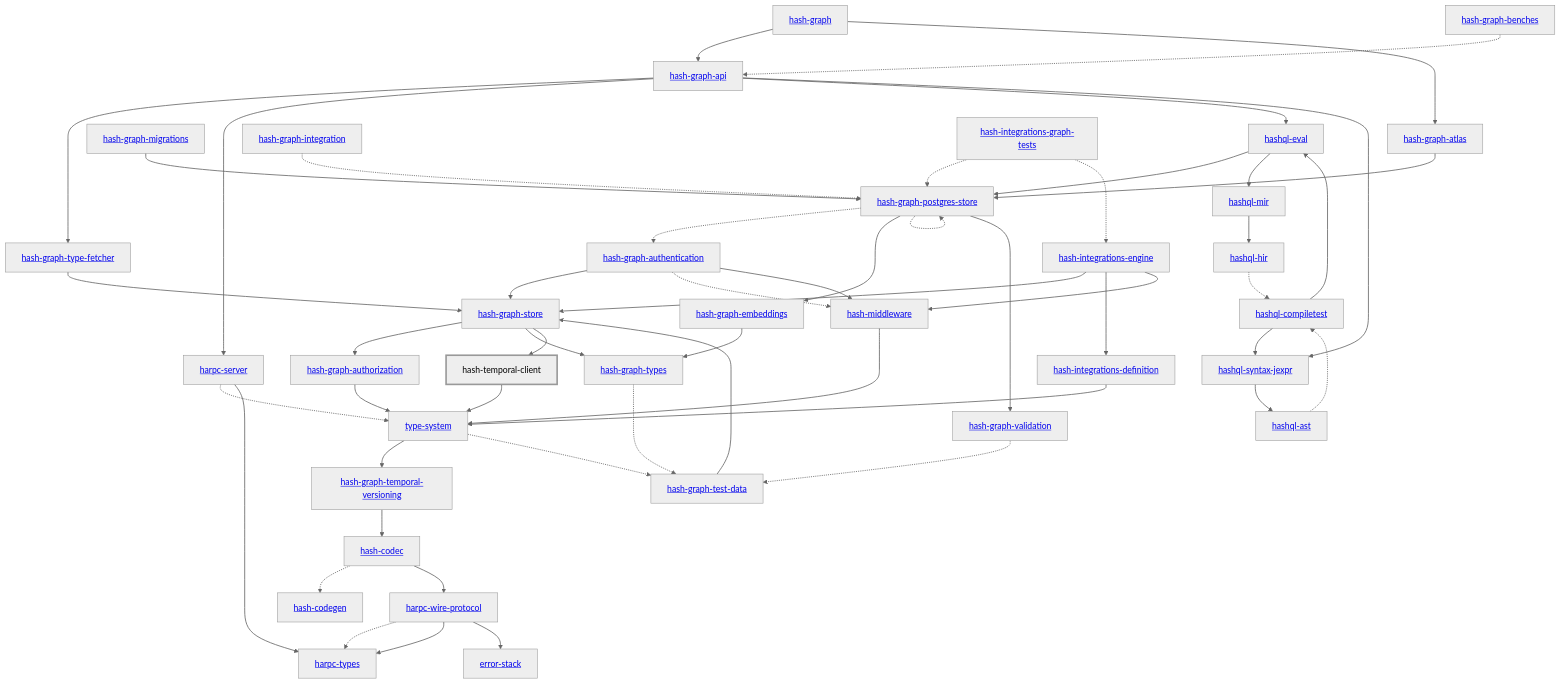
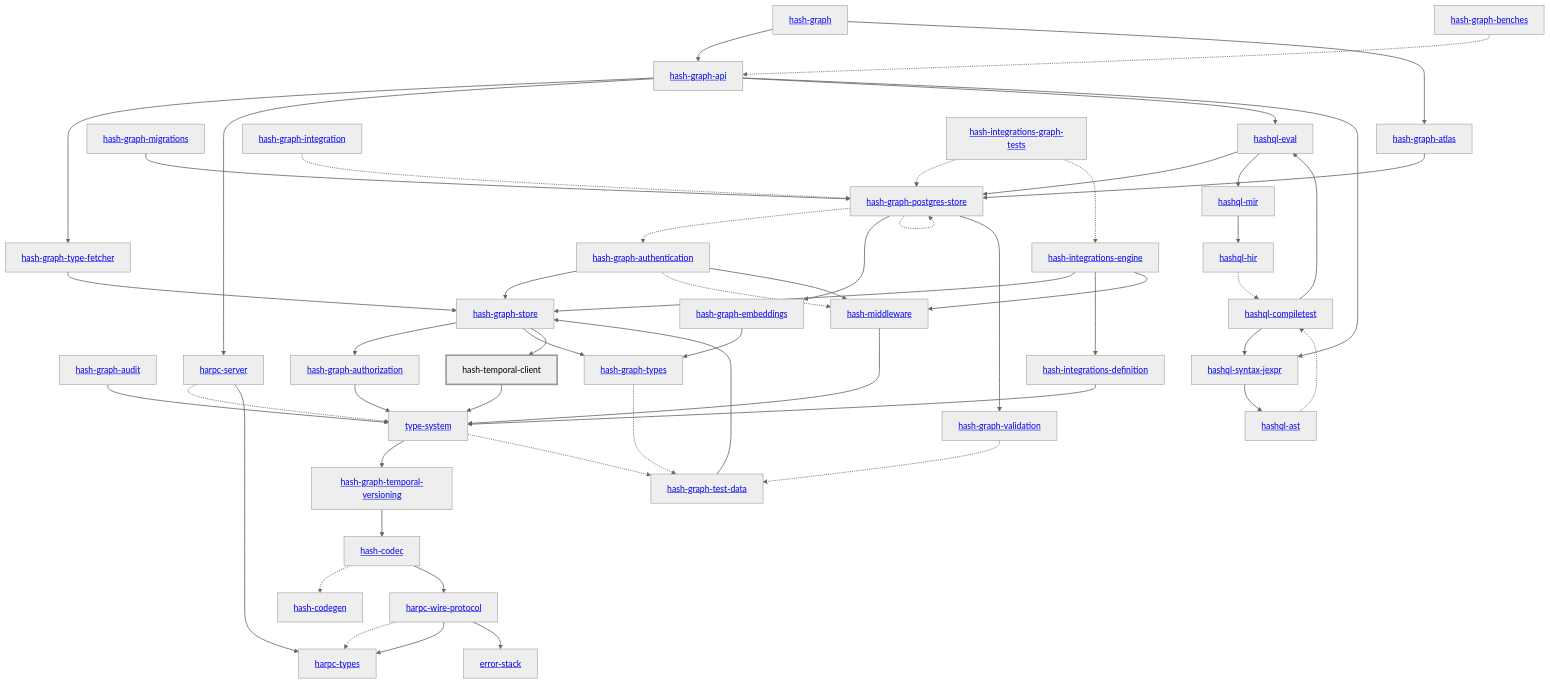
The diagram in libs/@local/temporal-client/docs/dependency-diagram.mmd (hashintel/hash), drawn with Mermaid (neutral theme) before and after one commit. The commit also changed 26 other files, not shown here.

Commit message:
BE-1212: Define the audit event type (#10644)

```diff
--- a/libs/@local/temporal-client/docs/dependency-diagram.mmd
+++ b/libs/@local/temporal-client/docs/dependency-diagram.mmd
@@ -1,97 +1,99 @@
 graph TD
     linkStyle default stroke-width:1.5px
     classDef default stroke-width:1px
     classDef root stroke-width:3px
     classDef dev stroke-width:1px
     classDef build stroke-width:1px
     %% Legend
     %% --> : Normal dependency
     %% -.-> : Dev dependency
     %% ---> : Build dependency
     0[<a href="../hash_graph/index.html">hash-graph</a>]
     1[<a href="../type_system/index.html">type-system</a>]
     2[<a href="../hash_codec/index.html">hash-codec</a>]
     3[<a href="../hash_codegen/index.html">hash-codegen</a>]
     4[<a href="../hash_graph_api/index.html">hash-graph-api</a>]
     5[<a href="../hash_graph_atlas/index.html">hash-graph-atlas</a>]
-    6[<a href="../hash_graph_authentication/index.html">hash-graph-authentication</a>]
-    7[<a href="../hash_graph_authorization/index.html">hash-graph-authorization</a>]
-    8[<a href="../hash_graph_embeddings/index.html">hash-graph-embeddings</a>]
-    9[<a href="../hash_graph_migrations/index.html">hash-graph-migrations</a>]
-    10[<a href="../hash_graph_postgres_store/index.html">hash-graph-postgres-store</a>]
-    11[<a href="../hash_graph_store/index.html">hash-graph-store</a>]
-    12[<a href="../hash_graph_temporal_versioning/index.html">hash-graph-temporal-versioning</a>]
-    13[<a href="../hash_graph_type_fetcher/index.html">hash-graph-type-fetcher</a>]
-    14[<a href="../hash_graph_types/index.html">hash-graph-types</a>]
-    15[<a href="../hash_graph_validation/index.html">hash-graph-validation</a>]
-    16[<a href="../harpc_server/index.html">harpc-server</a>]
-    17[<a href="../harpc_types/index.html">harpc-types</a>]
-    18[<a href="../harpc_wire_protocol/index.html">harpc-wire-protocol</a>]
-    19[<a href="../hashql_ast/index.html">hashql-ast</a>]
-    20[<a href="../hashql_compiletest/index.html">hashql-compiletest</a>]
-    21[<a href="../hashql_eval/index.html">hashql-eval</a>]
-    22[<a href="../hashql_hir/index.html">hashql-hir</a>]
-    23[<a href="../hashql_mir/index.html">hashql-mir</a>]
-    24[<a href="../hashql_syntax_jexpr/index.html">hashql-syntax-jexpr</a>]
-    25[<a href="../hash_integrations_definition/index.html">hash-integrations-definition</a>]
-    26[<a href="../hash_integrations_engine/index.html">hash-integrations-engine</a>]
-    27[<a href="../hash_middleware/index.html">hash-middleware</a>]
-    28[hash-temporal-client]
-    class 28 root
-    29[<a href="../error_stack/index.html">error-stack</a>]
-    30[<a href="../hash_graph_benches/index.html">hash-graph-benches</a>]
-    31[<a href="../hash_graph_integration/index.html">hash-graph-integration</a>]
-    32[<a href="../hash_graph_test_data/index.html">hash-graph-test-data</a>]
-    33[<a href="../hash_integrations_graph_tests/index.html">hash-integrations-graph-tests</a>]
+    6[<a href="../hash_graph_audit/index.html">hash-graph-audit</a>]
+    7[<a href="../hash_graph_authentication/index.html">hash-graph-authentication</a>]
+    8[<a href="../hash_graph_authorization/index.html">hash-graph-authorization</a>]
+    9[<a href="../hash_graph_embeddings/index.html">hash-graph-embeddings</a>]
+    10[<a href="../hash_graph_migrations/index.html">hash-graph-migrations</a>]
+    11[<a href="../hash_graph_postgres_store/index.html">hash-graph-postgres-store</a>]
+    12[<a href="../hash_graph_store/index.html">hash-graph-store</a>]
+    13[<a href="../hash_graph_temporal_versioning/index.html">hash-graph-temporal-versioning</a>]
+    14[<a href="../hash_graph_type_fetcher/index.html">hash-graph-type-fetcher</a>]
+    15[<a href="../hash_graph_types/index.html">hash-graph-types</a>]
+    16[<a href="../hash_graph_validation/index.html">hash-graph-validation</a>]
+    17[<a href="../harpc_server/index.html">harpc-server</a>]
+    18[<a href="../harpc_types/index.html">harpc-types</a>]
+    19[<a href="../harpc_wire_protocol/index.html">harpc-wire-protocol</a>]
+    20[<a href="../hashql_ast/index.html">hashql-ast</a>]
+    21[<a href="../hashql_compiletest/index.html">hashql-compiletest</a>]
+    22[<a href="../hashql_eval/index.html">hashql-eval</a>]
+    23[<a href="../hashql_hir/index.html">hashql-hir</a>]
+    24[<a href="../hashql_mir/index.html">hashql-mir</a>]
+    25[<a href="../hashql_syntax_jexpr/index.html">hashql-syntax-jexpr</a>]
+    26[<a href="../hash_integrations_definition/index.html">hash-integrations-definition</a>]
+    27[<a href="../hash_integrations_engine/index.html">hash-integrations-engine</a>]
+    28[<a href="../hash_middleware/index.html">hash-middleware</a>]
+    29[hash-temporal-client]
+    class 29 root
+    30[<a href="../error_stack/index.html">error-stack</a>]
+    31[<a href="../hash_graph_benches/index.html">hash-graph-benches</a>]
+    32[<a href="../hash_graph_integration/index.html">hash-graph-integration</a>]
+    33[<a href="../hash_graph_test_data/index.html">hash-graph-test-data</a>]
+    34[<a href="../hash_integrations_graph_tests/index.html">hash-integrations-graph-tests</a>]
     0 --> 4
     0 --> 5
-    1 --> 12
-    1 -.-> 32
+    1 --> 13
+    1 -.-> 33
     2 -.-> 3
-    2 --> 18
-    4 --> 13
-    4 --> 16
-    4 --> 21
-    4 --> 24
-    5 --> 10
-    6 --> 11
-    6 -.-> 27
-    6 --> 27
-    7 --> 1
-    8 --> 14
-    9 --> 10
-    10 -.-> 6
-    10 --> 8
-    10 -.-> 10
-    10 --> 15
-    11 --> 7
-    11 --> 14
-    11 --> 28
-    12 --> 2
-    13 --> 11
-    14 -.-> 32
-    15 -.-> 32
-    16 -.-> 1
-    16 --> 17
-    18 -.-> 17
-    18 --> 17
-    18 --> 29
-    19 -.-> 20
-    20 --> 21
-    20 --> 24
-    21 --> 10
-    21 --> 23
-    22 -.-> 20
-    23 --> 22
-    24 --> 19
-    25 --> 1
-    26 --> 11
-    26 --> 25
-    26 --> 27
-    27 --> 1
+    2 --> 19
+    4 --> 14
+    4 --> 17
+    4 --> 22
+    4 --> 25
+    5 --> 11
+    6 --> 1
+    7 --> 12
+    7 -.-> 28
+    7 --> 28
+    8 --> 1
+    9 --> 15
+    10 --> 11
+    11 -.-> 7
+    11 --> 9
+    11 -.-> 11
+    11 --> 16
+    12 --> 8
+    12 --> 15
+    12 --> 29
+    13 --> 2
+    14 --> 12
+    15 -.-> 33
+    16 -.-> 33
+    17 -.-> 1
+    17 --> 18
+    19 -.-> 18
+    19 --> 18
+    19 --> 30
+    20 -.-> 21
+    21 --> 22
+    21 --> 25
+    22 --> 11
+    22 --> 24
+    23 -.-> 21
+    24 --> 23
+    25 --> 20
+    26 --> 1
+    27 --> 12
+    27 --> 26
+    27 --> 28
     28 --> 1
-    30 -.-> 4
-    31 -.-> 10
-    32 --> 11
-    33 -.-> 10
-    33 -.-> 26
+    29 --> 1
+    31 -.-> 4
+    32 -.-> 11
+    33 --> 12
+    34 -.-> 11
+    34 -.-> 27
```
